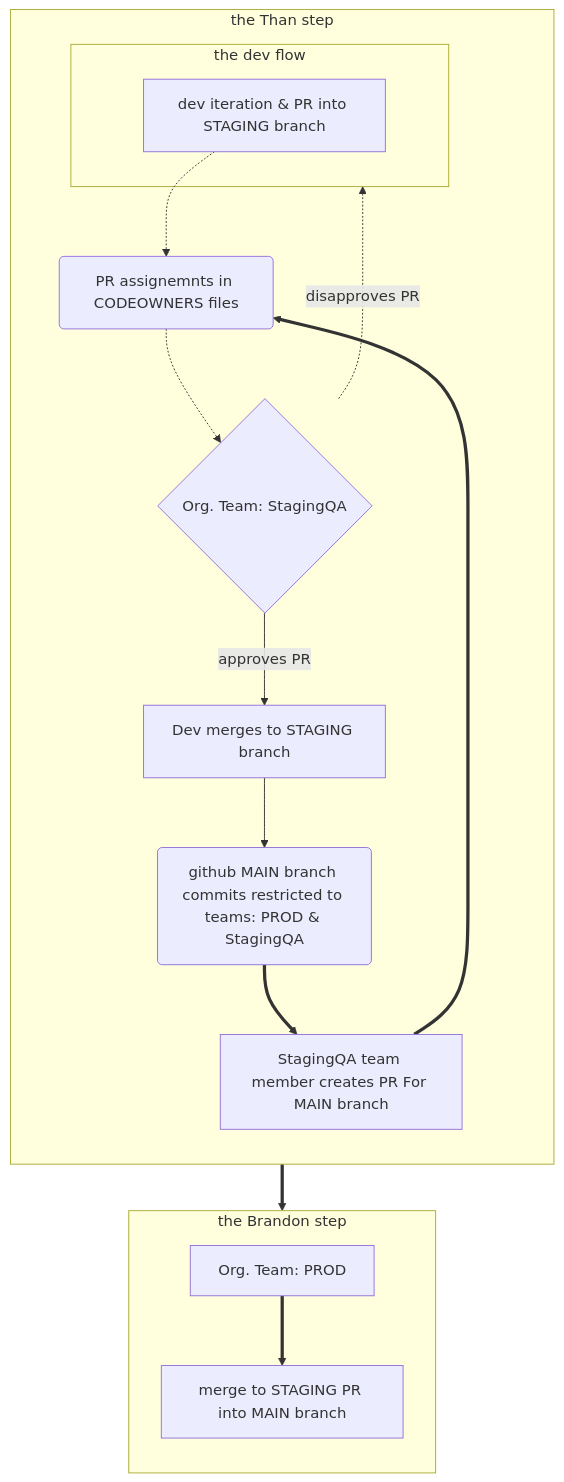
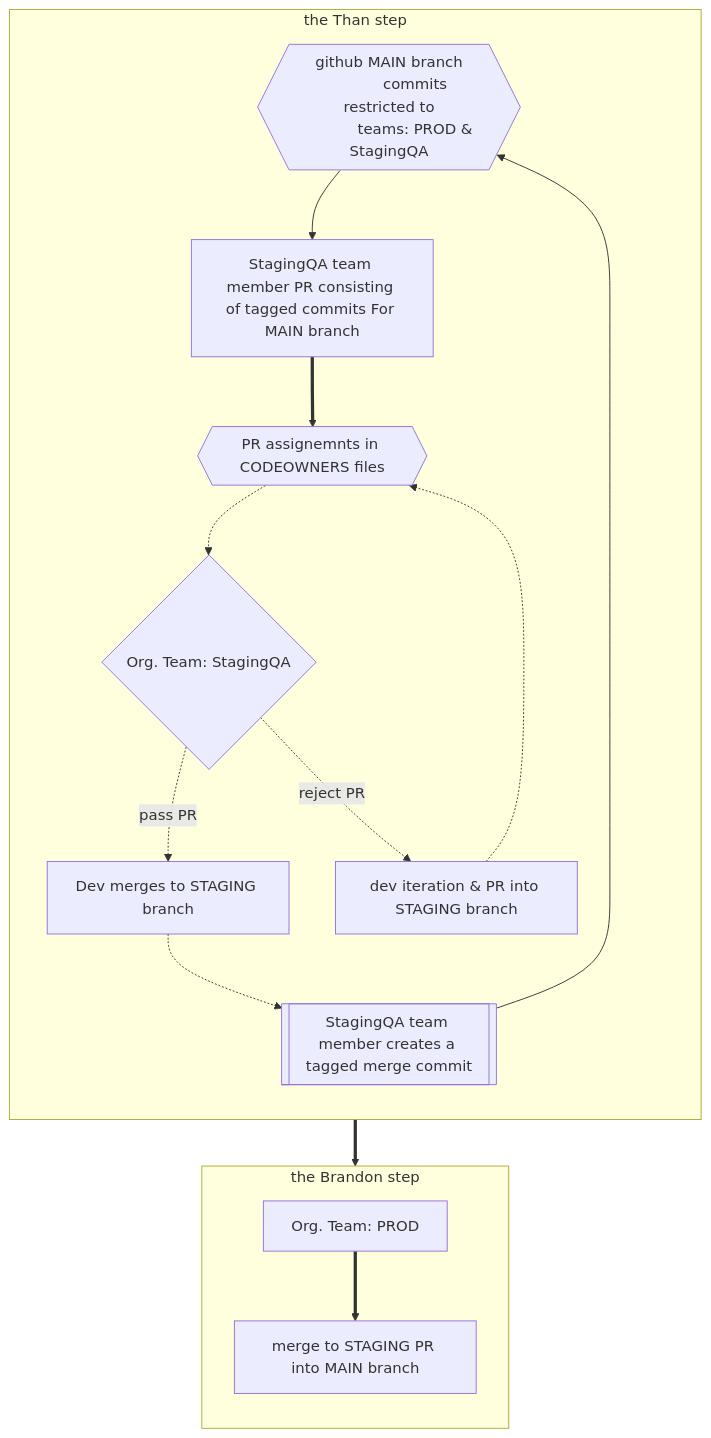
Before and after one commit to test123432234/test-config: the diagram in README.md, drawn with Mermaid.

````diff
--- a/README.md
+++ b/README.md
@@ -16,25 +16,23 @@
-```mermaid 
+```mermaid
 flowchart TB
-      branchGating("github MAIN branch commits restricted to teams: PROD & StagingQA")
-      coFile("PR assignemnts in CODEOWNERS files")
-
+      branchGating{{"github MAIN branch
+            commits restricted to
+            teams: PROD & StagingQA"}}
+      coFile{{"PR assignemnts in CODEOWNERS files"}}
+      devItr["dev iteration & PR into STAGING branch"] -.->  coFile -.-> prQATeam
+      devDone["Dev merges to STAGING branch"]
+  
   subgraph PROD["the Brandon step"]
       direction TB
       prPRODTeam["Org. Team: PROD"] ==>  prodDone["merge to STAGING PR into MAIN branch"] 
   end
   
   subgraph STAGING["the Than step"]
       direction TB
-      prQATeam{"Org. Team: StagingQA"} -- "approves PR" --> devDone["Dev merges to STAGING branch"]
-      prQATeam -. "disapproves PR" .-> DEV
-
-      devDone --> branchGating ==> prQADone["StagingQA team member creates PR For MAIN branch"] ==> coFile ==> prPRODTeam
-
-  end
-
-
-  subgraph DEV["the dev flow"]
-      devItr["dev iteration & PR into STAGING branch"] -.-> coFile -.-> prQATeam
+      prQATeam{"Org. Team: StagingQA"} -. "pass PR" .-> devDone
+      prQATeam -. "reject PR" .-> devItr
+      devDone -.-> prQATask[["StagingQA team member creates a tagged merge commit"]] --> branchGating
+      branchGating --> prQADone["StagingQA team member PR consisting of tagged commits For MAIN branch"] ==> coFile ==> prPRODTeam
   end
 
 ```
````
